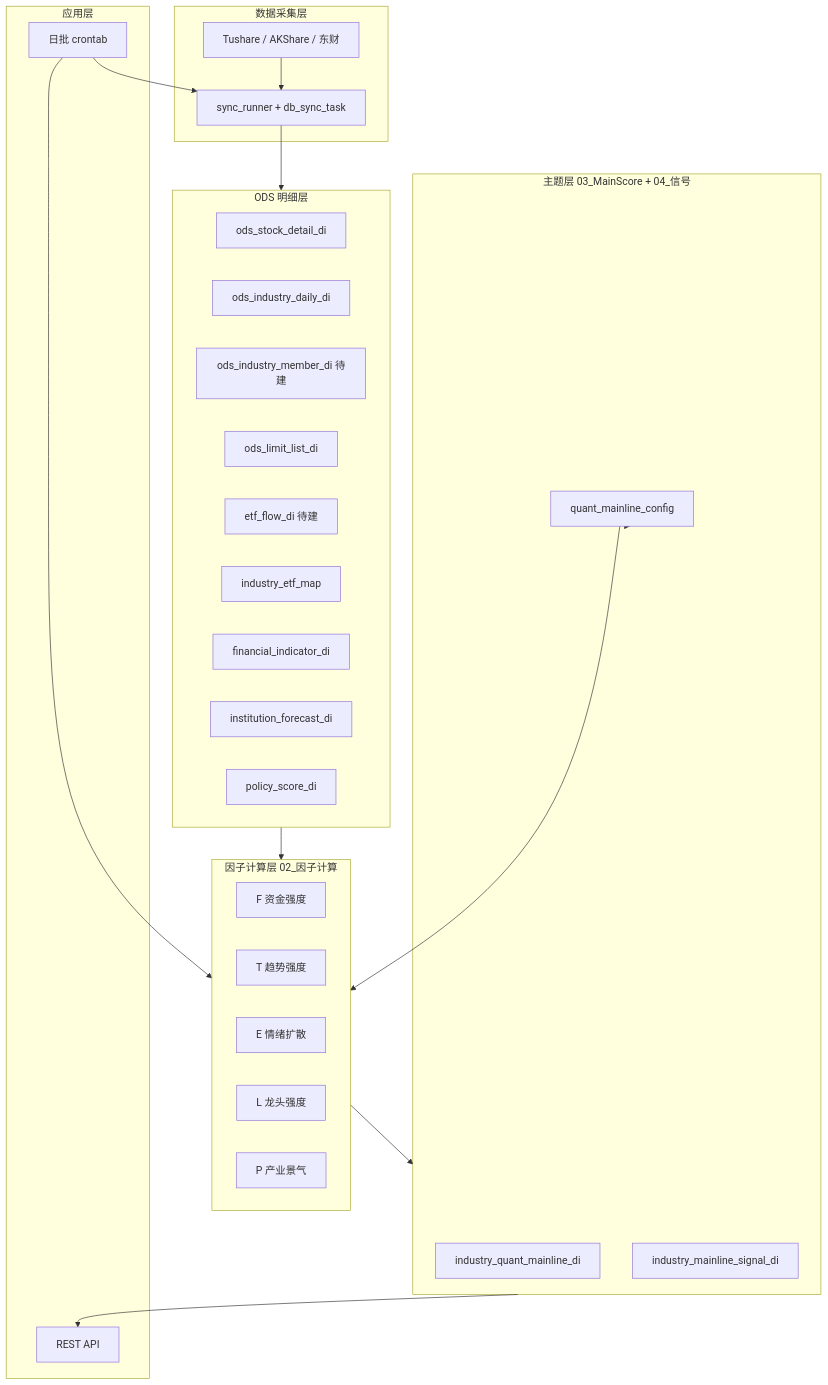
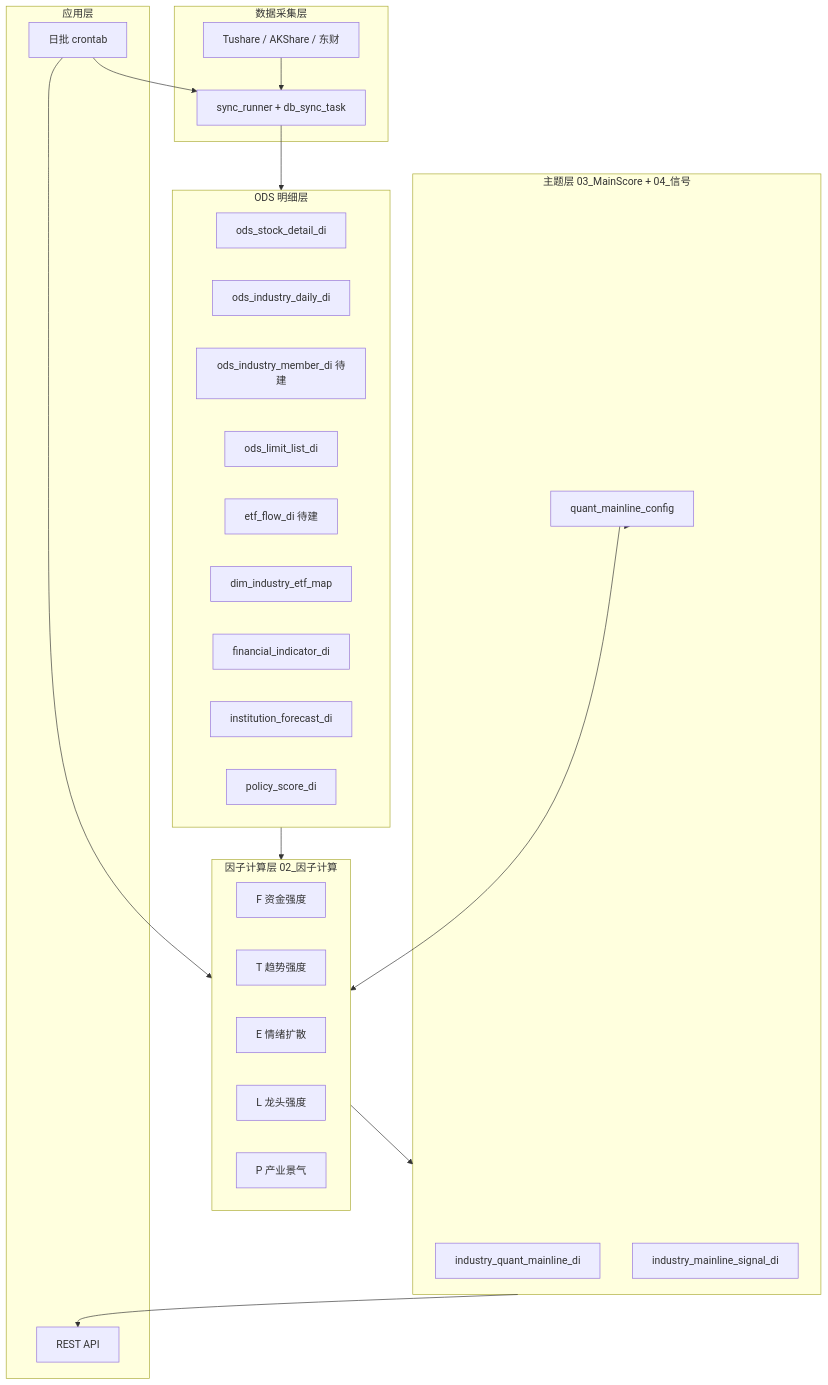
One commit to jinlujie111/stock_data changed the first of 2 diagrams in 需求整理/需求3-量化主线板块-技术文档.md. Above: the diagram before and after it, drawn with Mermaid. The commit also changed other lines of this file and 9 other files, not shown here.

````diff
--- a/需求整理/需求3-量化主线板块-技术文档.md
+++ b/需求整理/需求3-量化主线板块-技术文档.md
@@ -11,41 +11,41 @@
 ```mermaid
 flowchart TB
     subgraph ingest [数据采集层]
         TS[Tushare / AKShare / 东财]
         SYNC[sync_runner + db_sync_task]
     end
     subgraph ods [ODS 明细层]
         T1[ods_stock_detail_di]
         T2[ods_industry_daily_di]
         T3[ods_industry_member_di 待建]
         T4[ods_limit_list_di]
         T5[etf_flow_di 待建]
-        T6[industry_etf_map]
+        T6[dim_industry_etf_map]
         T7[financial_indicator_di]
         T8[institution_forecast_di]
         T9[policy_score_di]
     end
     subgraph dwd [因子计算层 02_因子计算]
         F[F 资金强度]
         Tm[T 趋势强度]
         E[E 情绪扩散]
         L[L 龙头强度]
         P[P 产业景气]
     end
     subgraph dm [主题层 03_MainScore + 04_信号]
         MS[industry_quant_mainline_di]
         SG[industry_mainline_signal_di]
         CFG[quant_mainline_config]
     end
     subgraph app [应用层]
         API[REST API]
         JOB[日批 crontab]
     end
     TS --> SYNC --> ods
     ods --> dwd --> dm
     dm --> API
     JOB --> SYNC
     JOB --> dwd
     CFG --> dwd
     CFG --> dm
 ```
````
